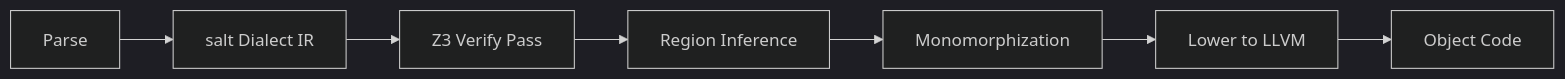
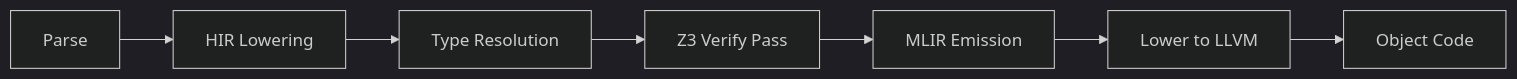
One commit to bneb/lattice changed the diagram in docs/SPEC.md. Above: the diagram before and after it, drawn with Mermaid (dark theme). The commit also changed other lines of this file and 14 other files, not shown here.

````diff
--- a/docs/SPEC.md
+++ b/docs/SPEC.md
@@ -80,9 +106,9 @@
 ```mermaid
 graph LR
-    A[Parse] --> B[salt Dialect IR]
-    B --> C[Z3 Verify Pass]
-    C --> D[Region Inference]
-    D --> E[Monomorphization]
+    A[Parse] --> B[HIR Lowering]
+    B --> C[Type Resolution]
+    C --> D[Z3 Verify Pass]
+    D --> E[MLIR Emission]
     E --> F[Lower to LLVM]
     F --> G[Object Code]
 ```
````
